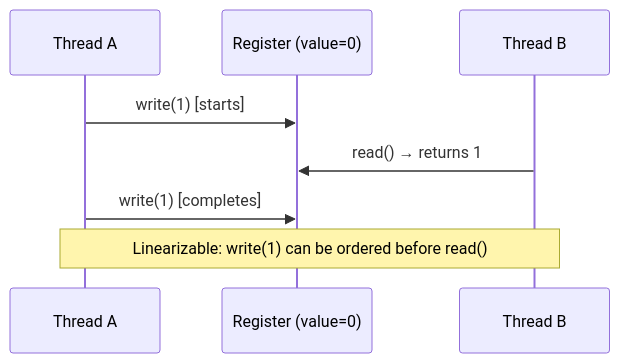
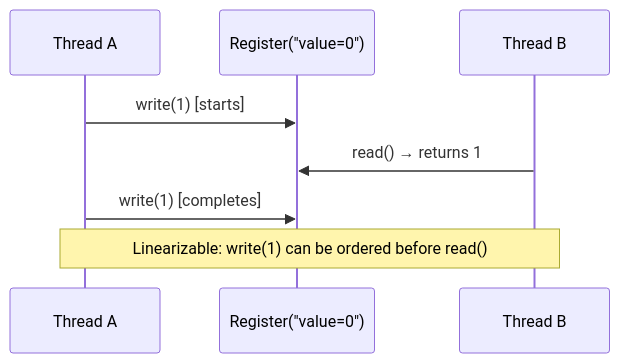
The diagram in content/questions/fundamentals/linearizability.md (pploc/swe-icon-the-moment), drawn with Mermaid before and after one commit. The commit also changed 167 other files, not shown here.

````diff
--- a/content/questions/fundamentals/linearizability.md
+++ b/content/questions/fundamentals/linearizability.md
@@ -22,10 +22,11 @@
 ```mermaid
 sequenceDiagram
     participant A as Thread A
-    participant R as Register (value=0)
+    participant R as Register("value=0")
     participant B as Thread B
     A->>R: write(1) [starts]
     B->>R: read() → returns 1
     A->>R: write(1) [completes]
     Note over A,B: Linearizable: write(1) can be ordered before read()
+
 ```
````
